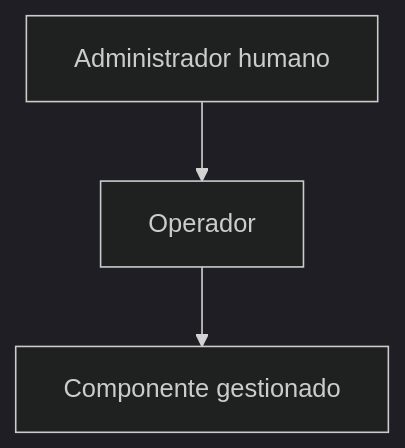
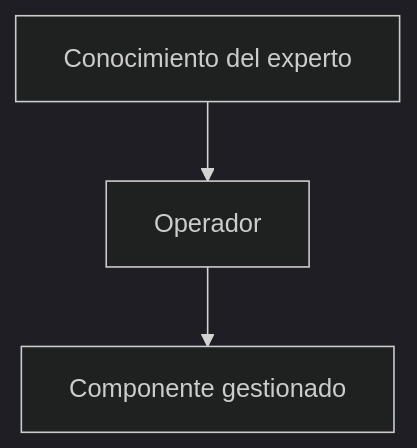
The sixth of 8 diagrams in docs/sesion1/1.4 que añade openshift.md (ieftraining/curso-openshift), drawn with Mermaid (dark theme) before and after one commit. The commit also changed other lines of this file, not shown here.

````diff
--- a/docs/sesion1/1.4 que añade openshift.md
+++ b/docs/sesion1/1.4 que añade openshift.md
@@ -163,6 +169,6 @@
 ```mermaid
 flowchart TD
-    A[Administrador humano]
+    A[Conocimiento del experto]
     --> B[Operador]
     --> C[Componente gestionado]
 ```
````
